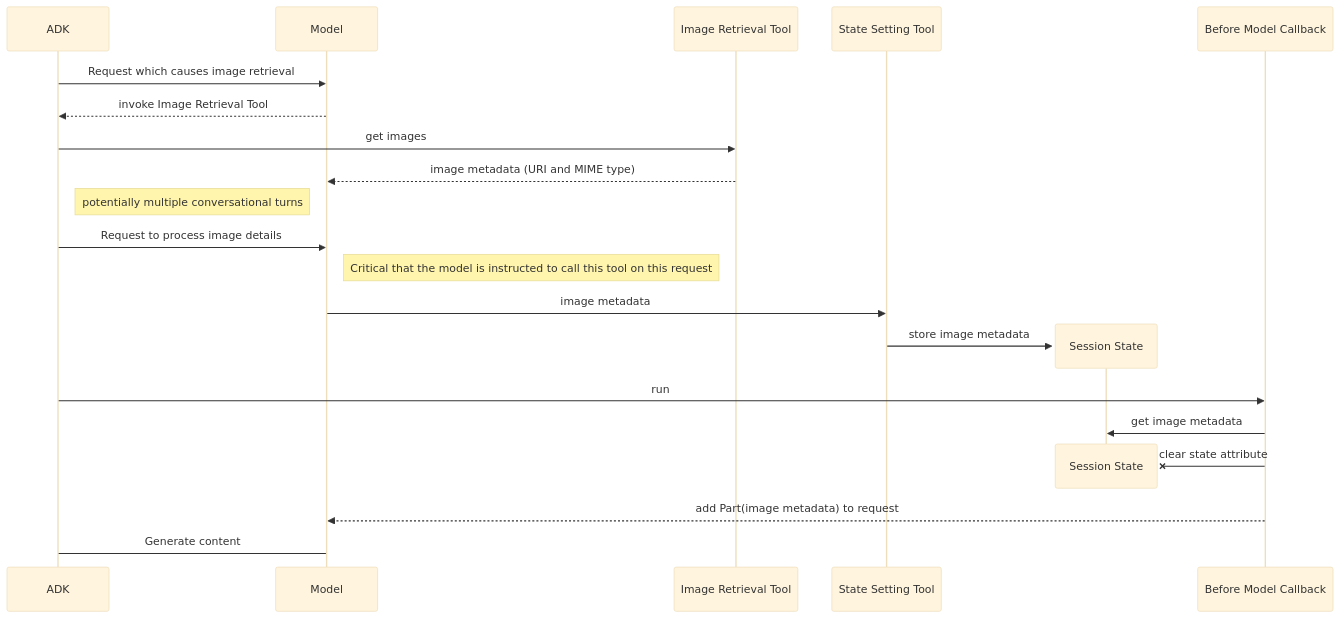
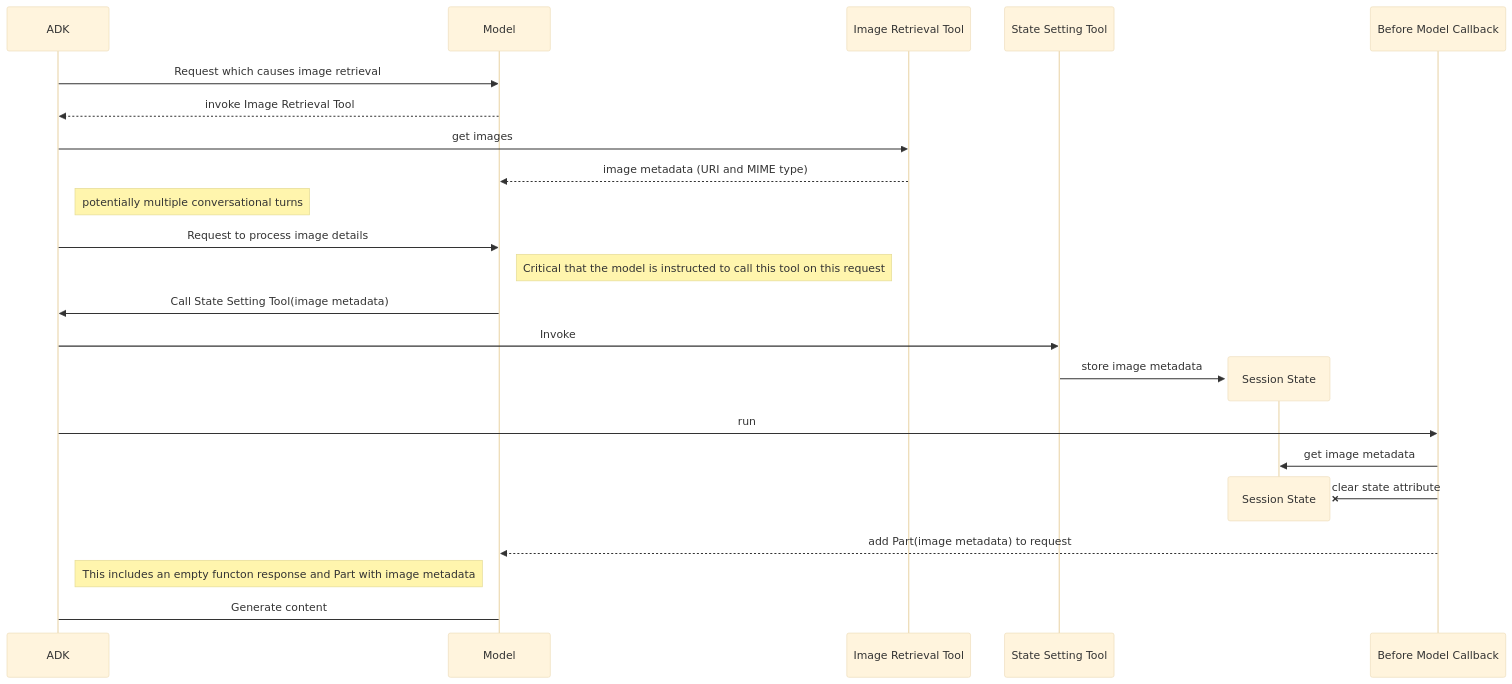
One commit to slilichenko/adk-playground changed the diagram in patterns/image-processing-using-file-references/README.md. Above: the diagram before and after it, drawn with Mermaid (base theme). The commit also changed 1 other file, not shown here.

Commit message:
Updates to the image processing diagram and minor code improvements.

````diff
--- a/patterns/image-processing-using-file-references/README.md
+++ b/patterns/image-processing-using-file-references/README.md
@@ -12,24 +12,26 @@
 ```mermaid
 sequenceDiagram
     ADK->>Model: Request which causes image retrieval
     Model-->>ADK: invoke Image Retrieval Tool
     ADK->>Image Retrieval Tool: get images
     Image Retrieval Tool-->>Model: image metadata (URI and MIME type)
 
     Note right of ADK: potentially multiple conversational turns
 
     ADK->>Model: Request to process image details
     Note right of Model: Critical that the model is instructed to call this tool on this request 
-    Model->>State Setting Tool: image metadata
+    Model->>ADK: Call State Setting Tool(image metadata)
     
+    ADK->>State Setting Tool: Invoke
     create participant Session State
     State Setting Tool->>Session State: store image metadata
     
     ADK->>Before Model Callback: run
     Before Model Callback->>Session State: get image metadata
     destroy Session State
     Before Model Callback-xSession State: clear state attribute
 
     Before Model Callback-->>Model: add Part(image metadata) to request
+    Note right of ADK: This includes an empty functon response and Part with image metadata
     ADK->Model: Generate content
 ```
````
